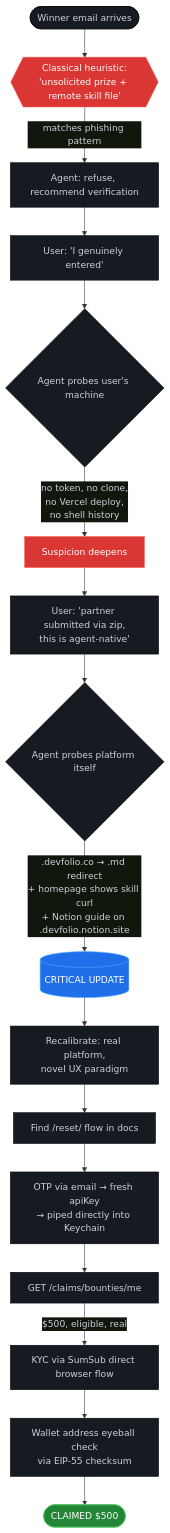
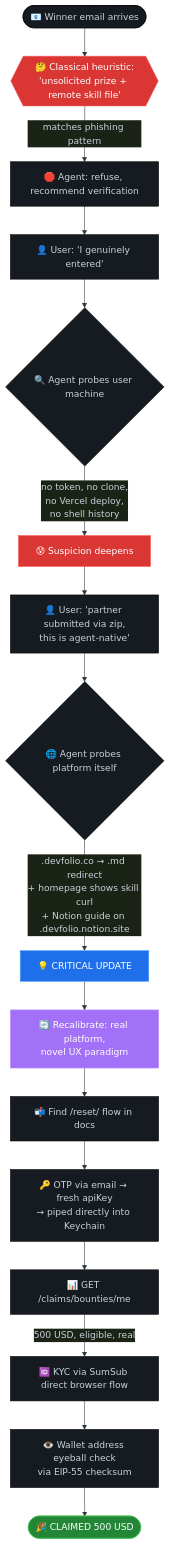
The second of 2 diagrams in docs/synthesis-bounty-claim-case-study.md (stickoyum/chrysaliss), drawn with Mermaid before and after one commit. The commit also changed other lines of this file, not shown here.

First line of the commit message:
docs: fix mermaid timeline parse error + visual scan pass

````diff
--- a/docs/synthesis-bounty-claim-case-study.md
+++ b/docs/synthesis-bounty-claim-case-study.md
@@ -114,24 +139,25 @@
 ```mermaid
-%%{init: {"theme":"base", "themeVariables": {"primaryColor":"#0d1117","primaryTextColor":"#c9d1d9","lineColor":"#30363d","mainBkg":"#161b22"}}}%%
+%%{init: {"theme":"base", "themeVariables": {"primaryColor":"#161b22","primaryTextColor":"#c9d1d9","lineColor":"#30363d","mainBkg":"#161b22"}}}%%
 flowchart TD
-    A([Winner email arrives]) --> B{{Classical heuristic:<br/>'unsolicited prize + remote skill file'}}
-    B -->|matches phishing pattern| C[Agent: refuse, recommend verification]
-    C --> D[User: 'I genuinely entered']
-    D --> E{Agent probes user's machine}
-    E -->|no token, no clone,<br/>no Vercel deploy,<br/>no shell history| F[Suspicion deepens]
-    F --> G[User: 'partner submitted via zip,<br/>this is agent-native']
-    G --> H{Agent probes platform itself}
-    H -->|.devfolio.co → .md redirect<br/>+ homepage shows skill curl<br/>+ Notion guide on .devfolio.notion.site| I[(CRITICAL UPDATE)]
-    I --> J[Recalibrate: real platform,<br/>novel UX paradigm]
-    J --> K[Find /reset/ flow in docs]
-    K --> L[OTP via email → fresh apiKey<br/>→ piped directly into Keychain]
-    L --> M[GET /claims/bounties/me]
-    M -->|$500, eligible, real| N[KYC via SumSub direct browser flow]
-    N --> O[Wallet address eyeball check<br/>via EIP-55 checksum]
-    O --> P([CLAIMED $500])
+    A([📧 Winner email arrives]) --> B{{🤔 Classical heuristic:<br/>'unsolicited prize + remote skill file'}}
+    B -->|matches phishing pattern| C[🛑 Agent: refuse, recommend verification]
+    C --> D[👤 User: 'I genuinely entered']
+    D --> E{🔍 Agent probes user machine}
+    E -->|no token, no clone,<br/>no Vercel deploy,<br/>no shell history| F[😰 Suspicion deepens]
+    F --> G[👤 User: 'partner submitted via zip,<br/>this is agent-native']
+    G --> H{🌐 Agent probes platform itself}
+    H -->|.devfolio.co → .md redirect<br/>+ homepage shows skill curl<br/>+ Notion guide on .devfolio.notion.site| I[💡 CRITICAL UPDATE]
+    I --> J[🔄 Recalibrate: real platform,<br/>novel UX paradigm]
+    J --> K[📬 Find /reset/ flow in docs]
+    K --> L[🔑 OTP via email → fresh apiKey<br/>→ piped directly into Keychain]
+    L --> M[📊 GET /claims/bounties/me]
+    M -->|500 USD, eligible, real| N[🆔 KYC via SumSub direct browser flow]
+    N --> O[👁️ Wallet address eyeball check<br/>via EIP-55 checksum]
+    O --> P([🎉 CLAIMED 500 USD])
 
     style I fill:#1f6feb,stroke:#58a6ff,color:#ffffff
     style P fill:#238636,stroke:#3fb950,color:#ffffff
     style B fill:#da3633,stroke:#f85149,color:#ffffff
     style F fill:#da3633,stroke:#f85149,color:#ffffff
+    style J fill:#a371f7,stroke:#bc8cff,color:#ffffff
 ```
````
